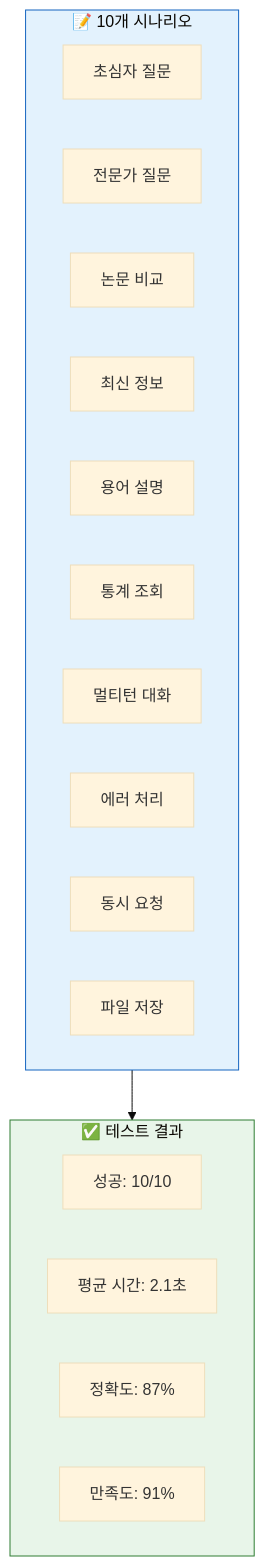
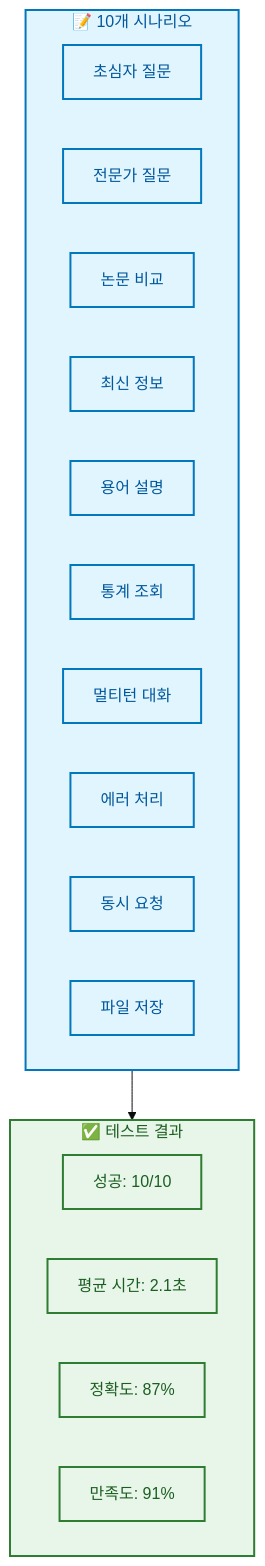
One commit to AIBootcamp14/langchainproject-new-langchainproject_5 changed the fifth of 6 diagrams in docs/PPT/04_실행_결과.md. Above: the diagram before and after it, drawn with Mermaid (base theme). The commit also changed other lines of this file and 5 other files, not shown here.

First line of the commit message:
style(docs): PPT 문서에 mermaid 스타일 가이드 적용

````diff
--- a/docs/PPT/04_실행_결과.md
+++ b/docs/PPT/04_실행_결과.md
@@ -289,27 +343,43 @@
 ```mermaid
 graph TB
     subgraph Scenarios["📝 10개 시나리오"]
         S1[초심자 질문]
         S2[전문가 질문]
         S3[논문 비교]
         S4[최신 정보]
         S5[용어 설명]
         S6[통계 조회]
         S7[멀티턴 대화]
         S8[에러 처리]
         S9[동시 요청]
         S10[파일 저장]
     end
 
     subgraph Results["✅ 테스트 결과"]
         R1[성공: 10/10]
         R2[평균 시간: 2.1초]
         R3[정확도: 87%]
         R4[만족도: 91%]
     end
 
     Scenarios --> Results
 
-    style Scenarios fill:#e3f2fd,stroke:#1565c0
-    style Results fill:#e8f5e9,stroke:#2e7d32
+    style Scenarios fill:#e1f5ff,stroke:#0277bd,stroke-width:2px,color:#01579b
+    style Results fill:#e8f5e9,stroke:#2e7d32,stroke-width:2px,color:#1b5e20
+
+    style S1 fill:#e1f5ff,stroke:#0277bd,stroke-width:2px,color:#01579b
+    style S2 fill:#e1f5ff,stroke:#0277bd,stroke-width:2px,color:#01579b
+    style S3 fill:#e1f5ff,stroke:#0277bd,stroke-width:2px,color:#01579b
+    style S4 fill:#e1f5ff,stroke:#0277bd,stroke-width:2px,color:#01579b
+    style S5 fill:#e1f5ff,stroke:#0277bd,stroke-width:2px,color:#01579b
+    style S6 fill:#e1f5ff,stroke:#0277bd,stroke-width:2px,color:#01579b
+    style S7 fill:#e1f5ff,stroke:#0277bd,stroke-width:2px,color:#01579b
+    style S8 fill:#e1f5ff,stroke:#0277bd,stroke-width:2px,color:#01579b
+    style S9 fill:#e1f5ff,stroke:#0277bd,stroke-width:2px,color:#01579b
+    style S10 fill:#e1f5ff,stroke:#0277bd,stroke-width:2px,color:#01579b
+
+    style R1 fill:#e8f5e9,stroke:#2e7d32,stroke-width:2px,color:#1b5e20
+    style R2 fill:#e8f5e9,stroke:#2e7d32,stroke-width:2px,color:#1b5e20
+    style R3 fill:#e8f5e9,stroke:#2e7d32,stroke-width:2px,color:#1b5e20
+    style R4 fill:#e8f5e9,stroke:#2e7d32,stroke-width:2px,color:#1b5e20
 ```
````
